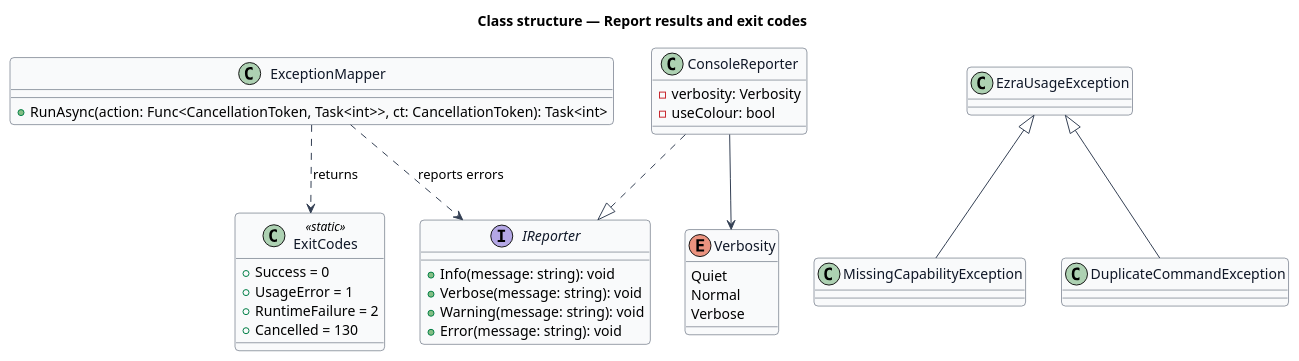
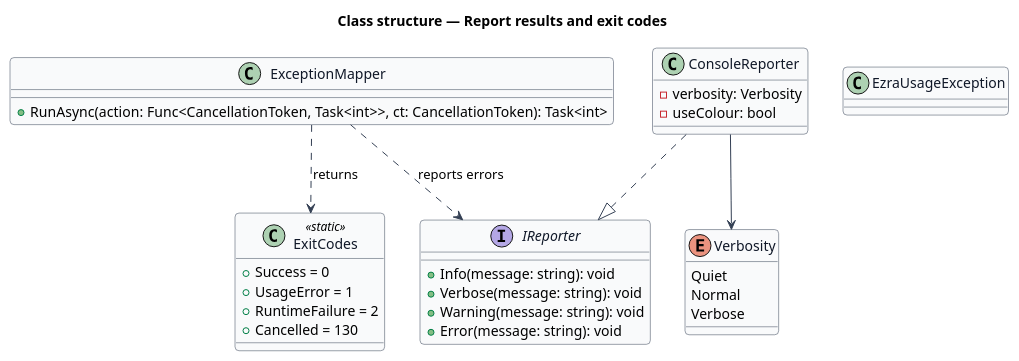
One commit to QuinntyneBrown/ezra changed the diagram in docs/detailed-designs/cli-host/report-results/diagrams/class-structure.puml. Above: the diagram before and after it, drawn with PlantUML. The commit also changed 26 other files, not shown here.

```diff
--- a/docs/detailed-designs/cli-host/report-results/diagrams/class-structure.puml
+++ b/docs/detailed-designs/cli-host/report-results/diagrams/class-structure.puml
@@ -1,47 +1,43 @@
 @startuml
 skinparam backgroundColor #FFFFFF
 skinparam shadowing false
 skinparam roundcorner 8
 skinparam defaultFontName Arial
 skinparam ArrowColor #344054
 skinparam class {
   BorderColor #344054
   FontColor #101828
   BackgroundColor #F9FAFB
 }
 title Class structure — Report results and exit codes
 
 class ExitCodes <<static>> {
   +Success = 0
   +UsageError = 1
   +RuntimeFailure = 2
   +Cancelled = 130
 }
 interface IReporter {
   +Info(message: string): void
   +Verbose(message: string): void
   +Warning(message: string): void
   +Error(message: string): void
 }
 enum Verbosity {
   Quiet
   Normal
   Verbose
 }
 class ConsoleReporter {
   -verbosity: Verbosity
   -useColour: bool
 }
 class ExceptionMapper {
   +RunAsync(action: Func<CancellationToken, Task<int>>, ct: CancellationToken): Task<int>
 }
 class EzraUsageException
-class MissingCapabilityException
-class DuplicateCommandException
 ConsoleReporter ..|> IReporter
 ConsoleReporter --> Verbosity
-EzraUsageException <|-- MissingCapabilityException
-EzraUsageException <|-- DuplicateCommandException
 ExceptionMapper ..> ExitCodes : returns
 ExceptionMapper ..> IReporter : reports errors
 @enduml
```
